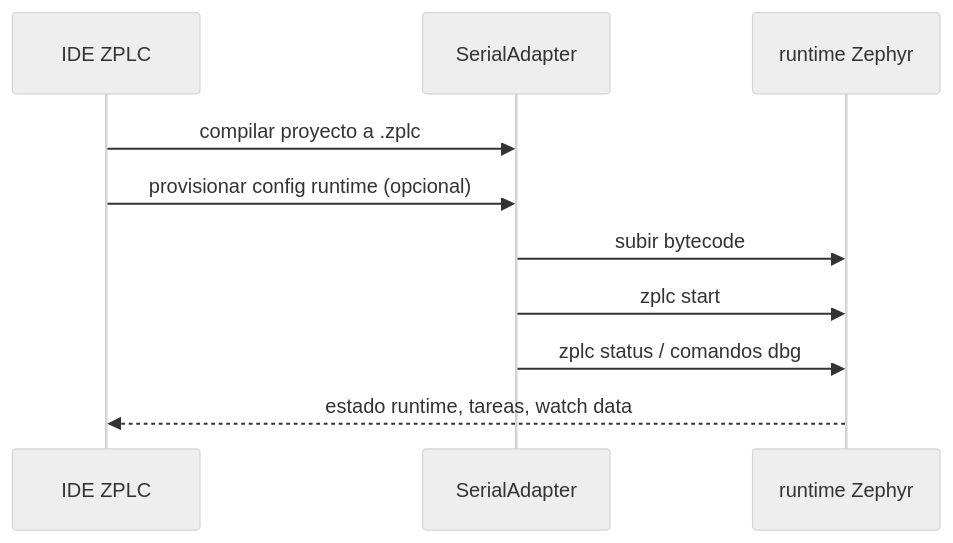
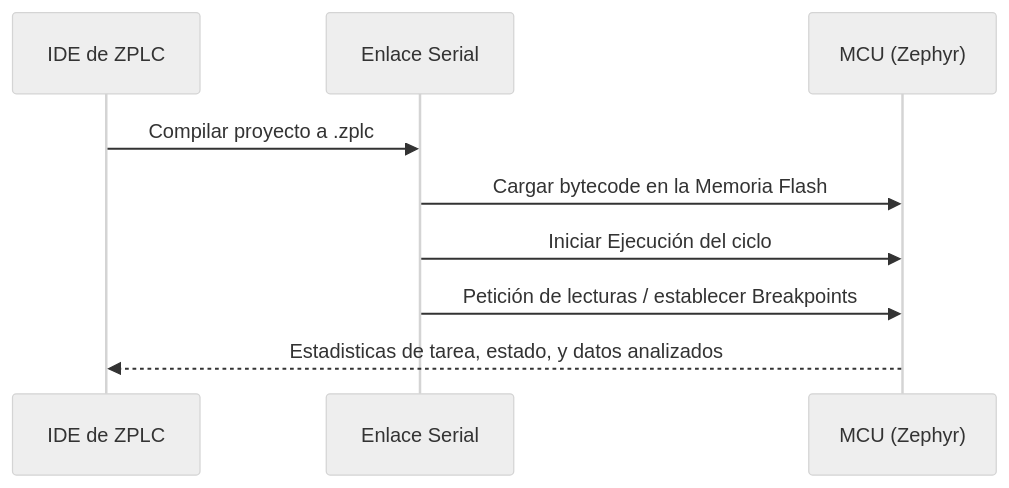
The diagram in docs/i18n/es/docusaurus-plugin-content-docs/current/ide/deployment.md (eduardojvieira/ZPLC), drawn with Mermaid (neutral theme) before and after one commit. The commit also changed other lines of this file and 55 other files, not shown here.

````diff
--- a/docs/i18n/es/docusaurus-plugin-content-docs/current/ide/deployment.md
+++ b/docs/i18n/es/docusaurus-plugin-content-docs/current/ide/deployment.md
@@ -45,13 +31,12 @@
 ```mermaid
 sequenceDiagram
-  participant IDE as IDE ZPLC
-  participant Adapter as SerialAdapter
-  participant Device as runtime Zephyr
+  participant IDE as IDE de ZPLC
+  participant Adapter as Enlace Serial
+  participant Device as MCU (Zephyr)
 
-  IDE->>Adapter: compilar proyecto a .zplc
-  IDE->>Adapter: provisionar config runtime (opcional)
-  Adapter->>Device: subir bytecode
-  Adapter->>Device: zplc start
-  Adapter->>Device: zplc status / comandos dbg
-  Device-->>IDE: estado runtime, tareas, watch data
+  IDE->>Adapter: Compilar proyecto a .zplc
+  Adapter->>Device: Cargar bytecode en la Memoria Flash
+  Adapter->>Device: Iniciar Ejecución del ciclo
+  Adapter->>Device: Petición de lecturas / establecer Breakpoints
+  Device-->>IDE: Estadisticas de tarea, estado, y datos analizados
 ```
````
